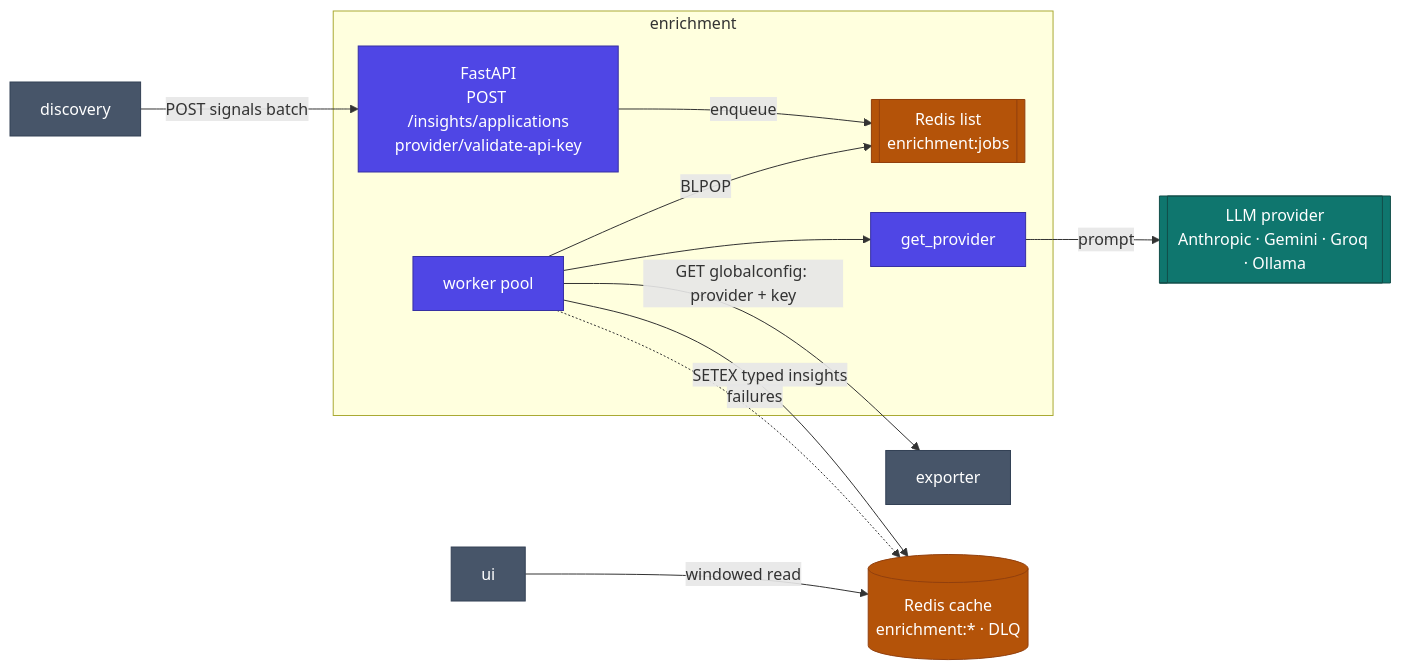
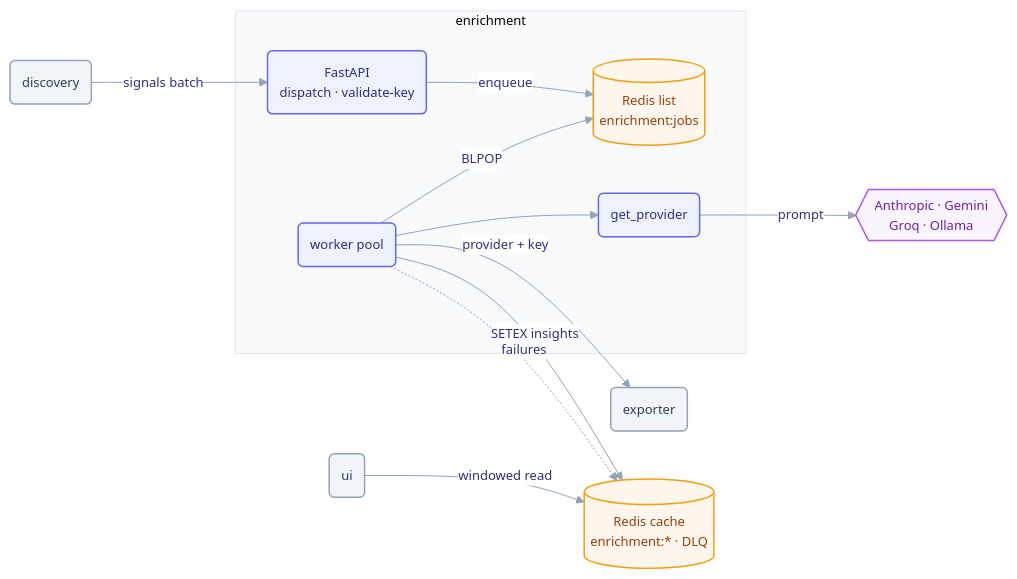
The diagram in services/enrichment/README.md (telark/telark), drawn with Mermaid before and after one commit. The commit also changed 14 other files, not shown here.

Commit message:
adjust README graph style and add missing annotations for CRDs

````diff
--- a/services/enrichment/README.md
+++ b/services/enrichment/README.md
@@ -11,33 +11,34 @@
 ```mermaid
+%%{init: {"theme":"base","themeVariables":{"fontFamily":"ui-sans-serif, system-ui, -apple-system, Segoe UI, Roboto, sans-serif","fontSize":"13px","lineColor":"#94a3b8","primaryColor":"#eef2ff","primaryBorderColor":"#6366f1","primaryTextColor":"#312e81","edgeLabelBackground":"#ffffff","clusterBkg":"#f8fafc","clusterBorder":"#e2e8f0"},"flowchart":{"curve":"basis","htmlLabels":true,"nodeSpacing":48,"rankSpacing":64,"padding":12}}}%%
 flowchart LR
-  DISC[discovery]
+  DISC(discovery)
 
   subgraph enrichment["enrichment"]
-    API["FastAPI<br/>POST /insights/applications<br/>provider/validate-api-key"]
-    POOL[worker pool]
+    API("FastAPI<br/>dispatch · validate-key")
+    POOL(worker pool)
     API -->|enqueue| Q
-    POOL -->|BLPOP| Q[["Redis list<br/>enrichment:jobs"]]
-    POOL --> PROV[get_provider]
+    POOL -->|BLPOP| Q[("Redis list<br/>enrichment:jobs")]
+    POOL --> PROV(get_provider)
   end
 
-  EXP[exporter]
-  LLM[["LLM provider<br/>Anthropic · Gemini · Groq · Ollama"]]
+  EXP(exporter)
+  LLM{{"Anthropic · Gemini<br/>Groq · Ollama"}}
   CACHE[("Redis cache<br/>enrichment:*  ·  DLQ")]
-  UI[ui]
+  UI(ui)
 
-  DISC -->|POST signals batch| API
-  POOL -->|GET globalconfig: provider + key| EXP
+  DISC -->|signals batch| API
+  POOL -->|provider + key| EXP
   PROV -->|prompt| LLM
-  POOL -->|SETEX typed insights| CACHE
+  POOL -->|SETEX insights| CACHE
   POOL -.failures.-> CACHE
   UI -->|windowed read| CACHE
 
-  classDef svc fill:#4f46e5,stroke:#3730a3,color:#fff;
-  classDef peer fill:#475569,stroke:#334155,color:#fff;
-  classDef store fill:#b45309,stroke:#92400e,color:#fff;
-  classDef ext fill:#0f766e,stroke:#134e4a,color:#fff;
+  classDef svc fill:#eef2ff,stroke:#6366f1,stroke-width:1.5px,color:#312e81;
+  classDef peer fill:#f1f5f9,stroke:#94a3b8,stroke-width:1.5px,color:#334155;
+  classDef store fill:#fff7ed,stroke:#f59e0b,stroke-width:1.5px,color:#92400e;
+  classDef ext fill:#faf5ff,stroke:#a855f7,stroke-width:1.5px,color:#6b21a8;
   class API,POOL,PROV svc;
   class DISC,EXP,UI peer;
   class Q,CACHE store;
   class LLM ext;
 ```
````
